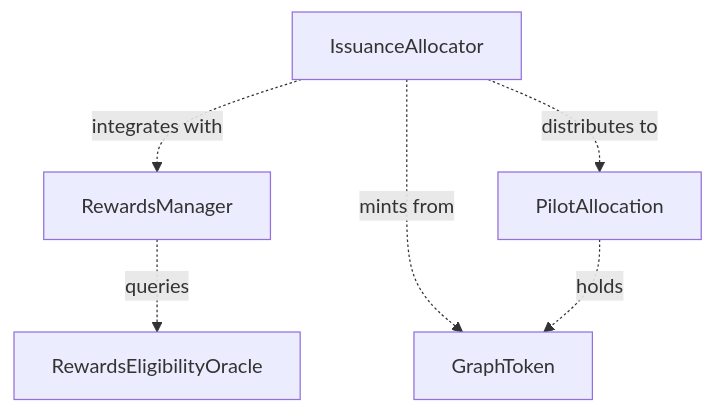
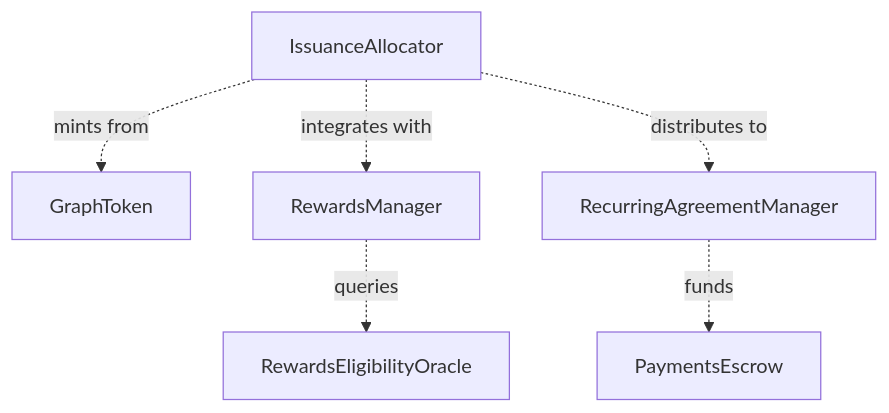
One commit to graphprotocol/contracts changed the fourth of 6 diagrams in packages/deployment/docs/Design.md. Above: the diagram before and after it, drawn with Mermaid. The commit also changed other lines of this file and 172 other files, not shown here.

````diff
--- a/packages/deployment/docs/Design.md
+++ b/packages/deployment/docs/Design.md
@@ -142,15 +137,15 @@
 ```mermaid
 graph TD
     GraphToken[GraphToken]
     RewardsManager[RewardsManager]
 
     RewardsEligibilityOracle[RewardsEligibilityOracle]
     IssuanceAllocator[IssuanceAllocator]
-    PilotAllocation[PilotAllocation]
+    RecurringAgreementManager[RecurringAgreementManager]
 
     RewardsManager -.->|queries| RewardsEligibilityOracle
     IssuanceAllocator -.->|integrates with| RewardsManager
     IssuanceAllocator -.->|mints from| GraphToken
-    IssuanceAllocator -.->|distributes to| PilotAllocation
-    PilotAllocation -.->|holds| GraphToken
+    IssuanceAllocator -.->|distributes to| RecurringAgreementManager
+    RecurringAgreementManager -.->|funds| PaymentsEscrow
 ```
````
